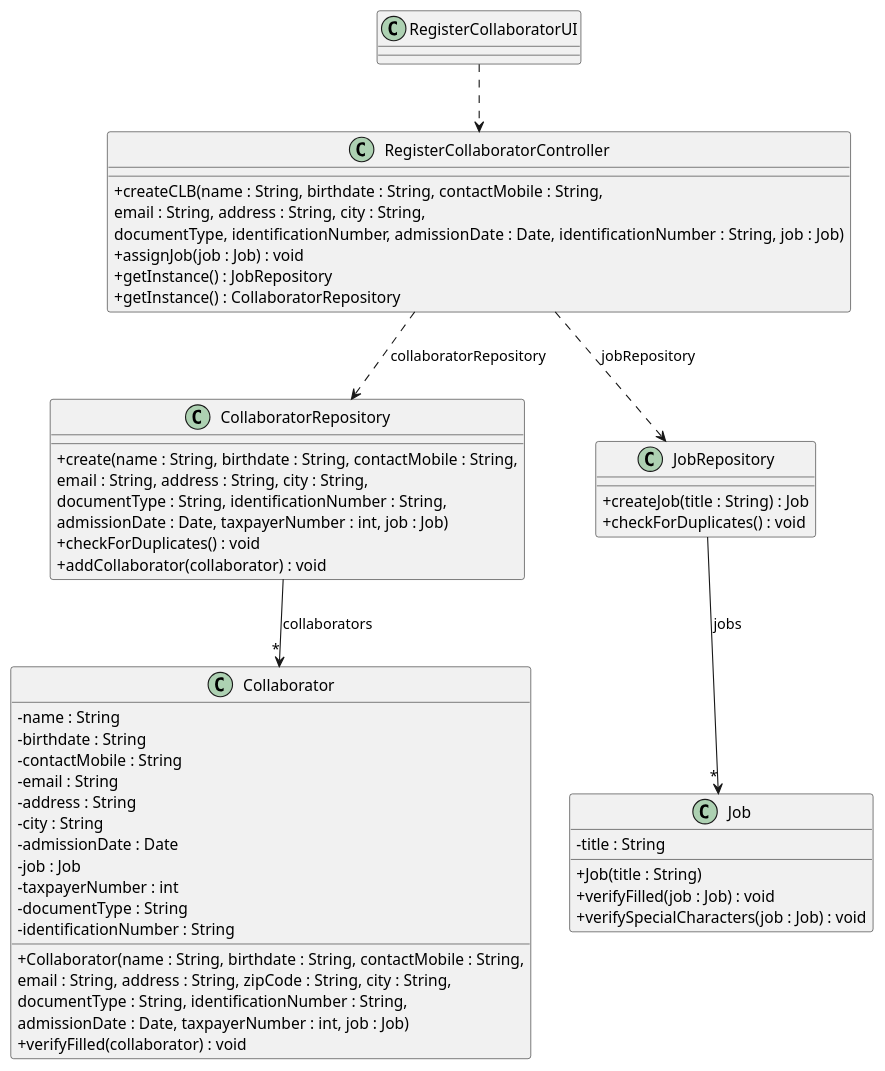
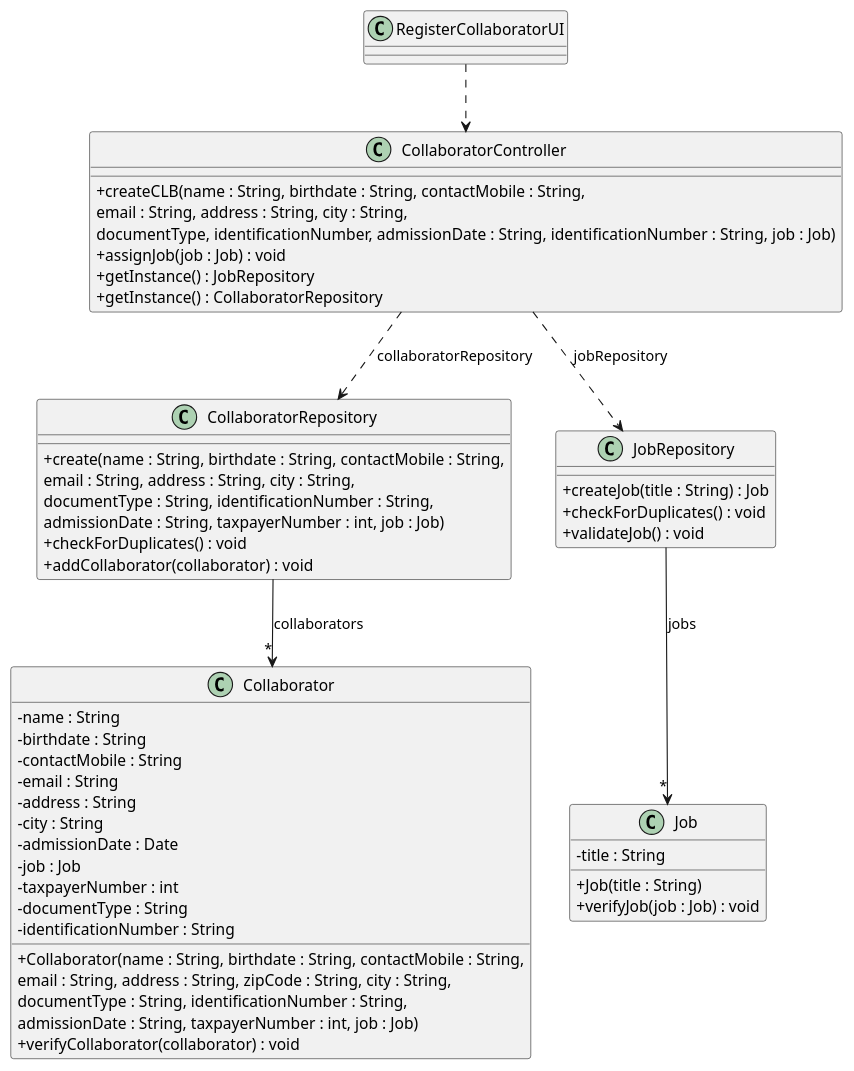
One commit to RicardoMorim/lapr2-ISEP-Project changed the diagram in docs/sprintB/us003/03.design/puml/us003-class-diagram.puml. Above: the diagram before and after it, drawn with PlantUML. The commit also changed 1 other file, not shown here.

Commit message:
Updated design of US003 (sequence-diagram-full and class-diagram)

```diff
--- a/docs/sprintB/us003/03.design/puml/us003-class-diagram.puml
+++ b/docs/sprintB/us003/03.design/puml/us003-class-diagram.puml
@@ -1,69 +1,69 @@
 @startuml
 skinparam packageStyle rectangle
 skinparam shadowing false
 skinparam linetype polyline
 
 
 skinparam classAttributeIconSize 0
 
 'left to right direction
 
 class RegisterCollaboratorUI {
 }
 
-class RegisterCollaboratorController {
-    + createCLB(name : String, birthdate : String, contactMobile : String,\nemail : String, address : String, city : String,\ndocumentType, identificationNumber, admissionDate : Date, identificationNumber : String, job : Job)
+class CollaboratorController {
+    + createCLB(name : String, birthdate : String, contactMobile : String,\nemail : String, address : String, city : String,\ndocumentType, identificationNumber, admissionDate : String, identificationNumber : String, job : Job)
     + assignJob(job : Job) : void
     + getInstance() : JobRepository
     + getInstance() : CollaboratorRepository
 
 }
 
 
 class CollaboratorRepository {
-    + create(name : String, birthdate : String, contactMobile : String,\nemail : String, address : String, city : String,\ndocumentType : String, identificationNumber : String, \nadmissionDate : Date, taxpayerNumber : int, job : Job)
+    + create(name : String, birthdate : String, contactMobile : String,\nemail : String, address : String, city : String,\ndocumentType : String, identificationNumber : String, \nadmissionDate : String, taxpayerNumber : int, job : Job)
     + checkForDuplicates() : void
     + addCollaborator(collaborator) : void
 
 }
 
 class JobRepository {
     +createJob(title : String) : Job
     +checkForDuplicates() : void
+    +validateJob() : void
 }
 
 class Collaborator {
     - name : String
     - birthdate : String
     - contactMobile : String
     - email : String
     - address : String
     - city : String
     - admissionDate : Date
     - job : Job
     - taxpayerNumber : int
-    + Collaborator(name : String, birthdate : String, contactMobile : String,\nemail : String, address : String, zipCode : String, city : String,\ndocumentType : String, identificationNumber : String, \nadmissionDate : Date, taxpayerNumber : int, job : Job)
-    + verifyFilled(collaborator) : void
+    + Collaborator(name : String, birthdate : String, contactMobile : String,\nemail : String, address : String, zipCode : String, city : String,\ndocumentType : String, identificationNumber : String, \nadmissionDate : String, taxpayerNumber : int, job : Job)
+    + verifyCollaborator(collaborator) : void
     - documentType : String
     - identificationNumber : String
 }
 
 class Job {
     - title : String
     + Job(title : String)
-    +verifyFilled(job : Job) : void
-    +verifySpecialCharacters(job : Job) : void
+    +verifyJob(job : Job) : void
 }
 
 
 
-RegisterCollaboratorUI ..> RegisterCollaboratorController
+RegisterCollaboratorUI ..> CollaboratorController
 
 
 CollaboratorRepository --> "*" Collaborator : collaborators
-RegisterCollaboratorController ..> CollaboratorRepository : collaboratorRepository
-RegisterCollaboratorController ..> JobRepository : jobRepository
+CollaboratorController ..> CollaboratorRepository : collaboratorRepository
+CollaboratorController ..> JobRepository : jobRepository
 JobRepository --> "*" Job : jobs
 
 
 @enduml
```
